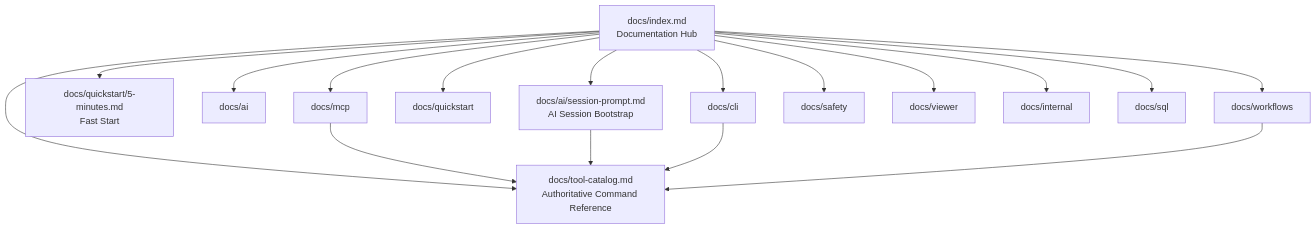
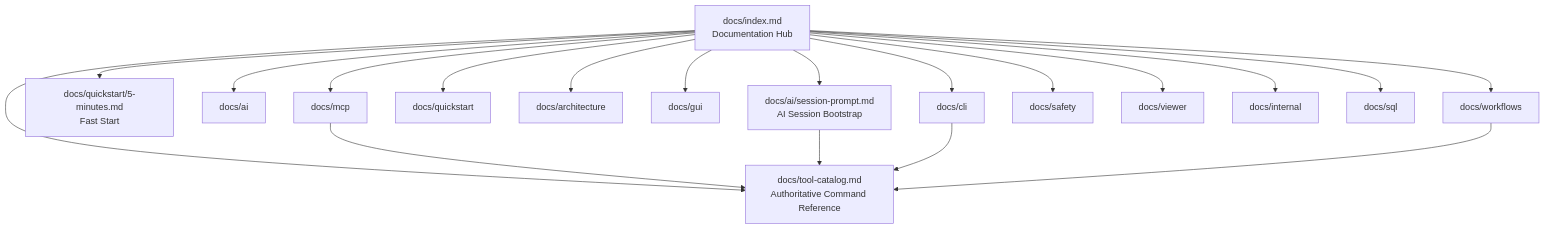
The diagram in docs/index.md (gzeuner/zeus-rpg-promptkit), drawn with Mermaid before and after one commit. The commit also changed other lines of this file and 12 other files, not shown here.

````diff
--- a/docs/index.md
+++ b/docs/index.md
@@ -47,21 +51,23 @@
 ```mermaid
 flowchart TD
     A[docs/index.md\nDocumentation Hub] --> B[docs/tool-catalog.md\nAuthoritative Command Reference]
     A --> C[docs/ai/session-prompt.md\nAI Session Bootstrap]
     A --> D[docs/quickstart/5-minutes.md\nFast Start]
 
     A --> E[docs/ai]
     A --> F[docs/cli]
     A --> G[docs/quickstart]
+    A --> G2[docs/architecture]
+    A --> G3[docs/gui]
     A --> H[docs/mcp]
     A --> I[docs/workflows]
     A --> J[docs/safety]
     A --> K[docs/viewer]
     A --> L[docs/internal]
     A --> M[docs/sql]
 
     H --> B
     C --> B
     F --> B
     I --> B
 ```
````
